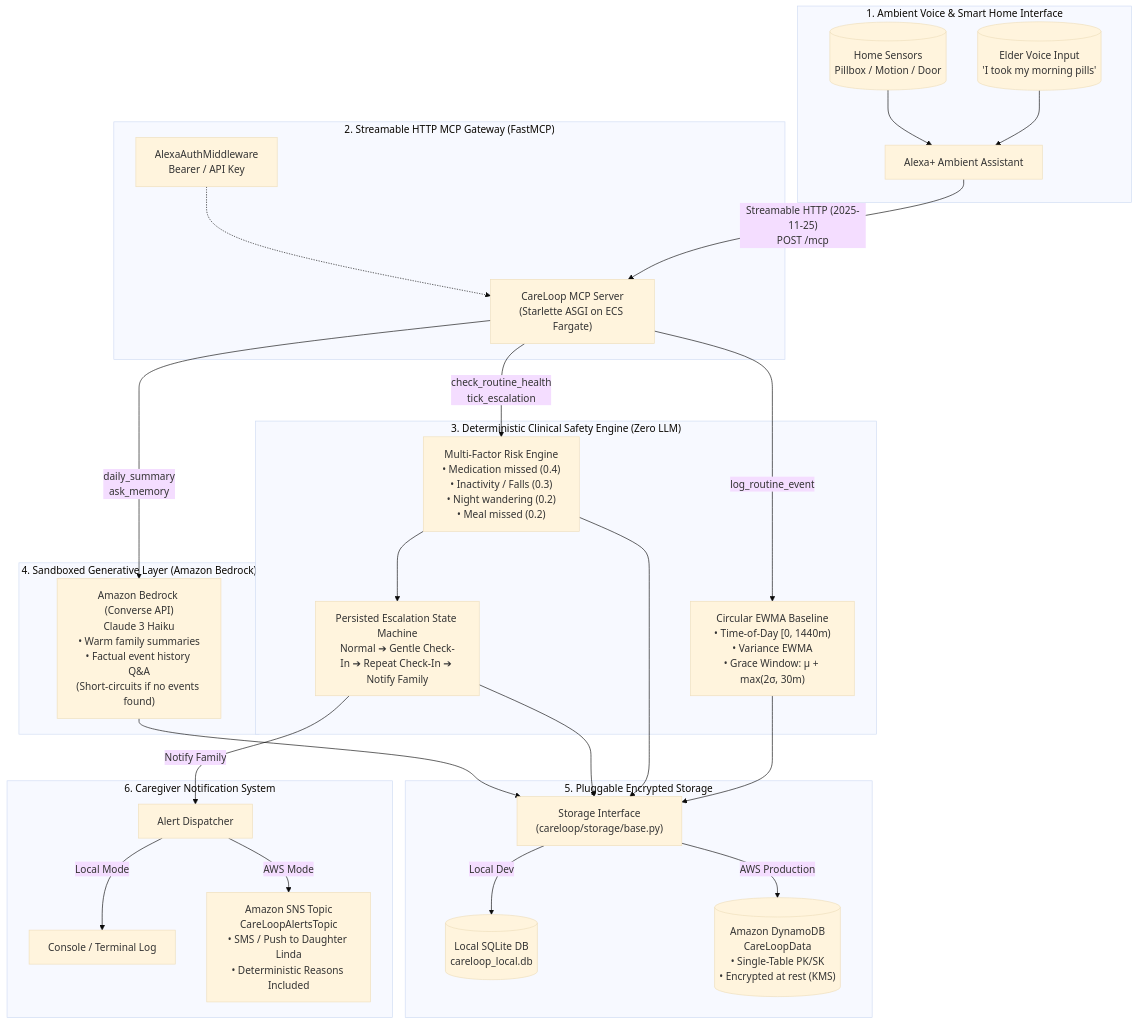
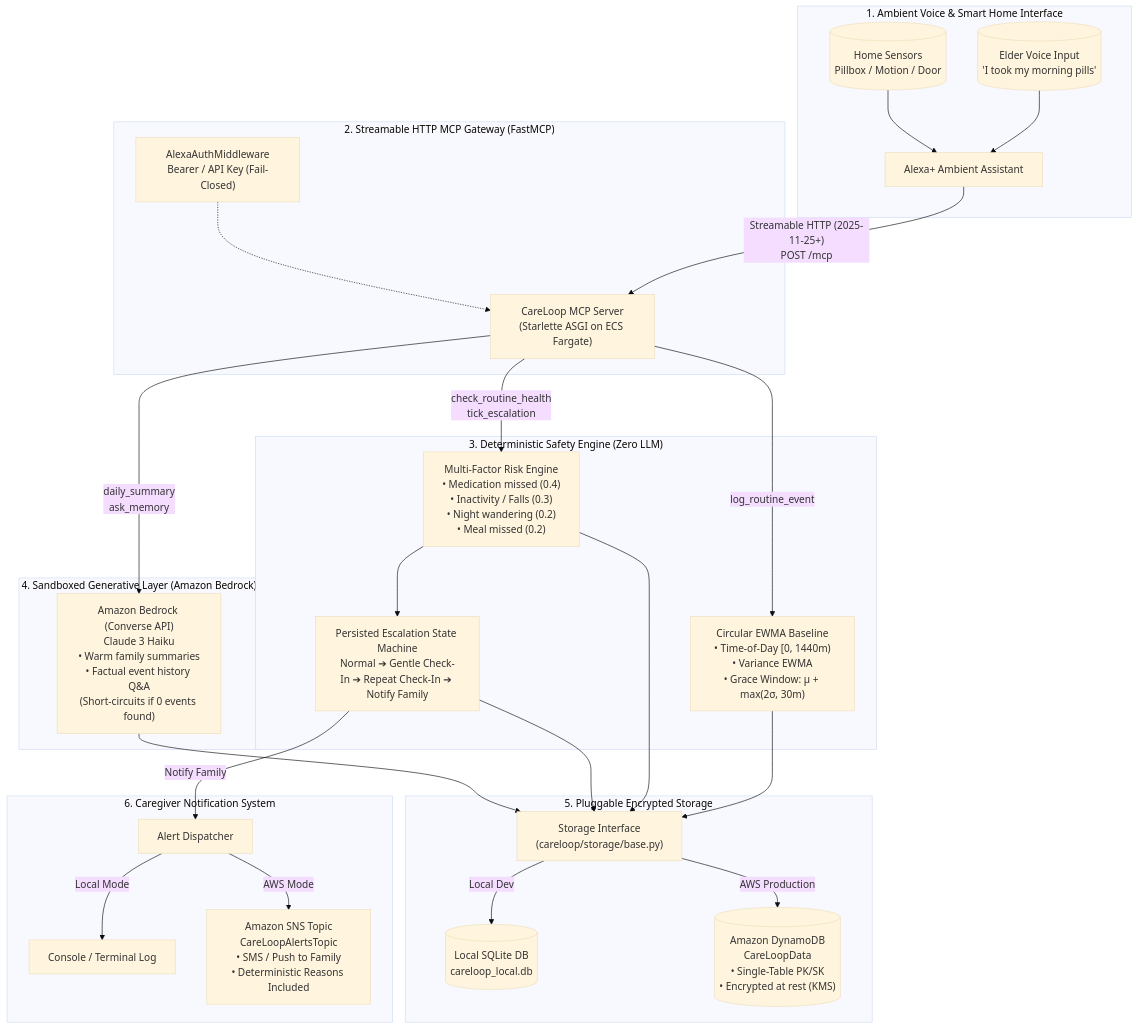
Before and after one commit to KarnailSingh87/careloop: the first of 2 diagrams in README.md, drawn with Mermaid (base theme). The commit also changed other lines of this file and 5 other files, not shown here.

````diff
--- a/README.md
+++ b/README.md
@@ -46,34 +91,34 @@
 ```mermaid
 flowchart TD
     subgraph AmbientInterface ["1. Ambient Voice & Smart Home Interface"]
         Voice[("Elder Voice Input<br/>'I took my morning pills'")] --> Alexa[Alexa+ Ambient Assistant]
         Sensors[("Home Sensors<br/>Pillbox / Motion / Door")] --> Alexa
     end
 
     subgraph MCPGateway ["2. Streamable HTTP MCP Gateway (FastMCP)"]
-        Alexa -->|"Streamable HTTP (2025-11-25)<br/>POST /mcp"| MCP["CareLoop MCP Server<br/>(Starlette ASGI on ECS Fargate)"]
-        Auth["AlexaAuthMiddleware<br/>Bearer / API Key"] -.-> MCP
+        Alexa -->|"Streamable HTTP (2025-11-25+)<br/>POST /mcp"| MCP["CareLoop MCP Server<br/>(Starlette ASGI on ECS Fargate)"]
+        Auth["AlexaAuthMiddleware<br/>Bearer / API Key (Fail-Closed)"] -.-> MCP
     end
 
-    subgraph DeterministicEngine ["3. Deterministic Clinical Safety Engine (Zero LLM)"]
+    subgraph DeterministicEngine ["3. Deterministic Safety Engine (Zero LLM)"]
         MCP -->|"log_routine_event"| EWMA["Circular EWMA Baseline<br/>• Time-of-Day [0, 1440m)<br/>• Variance EWMA<br/>• Grace Window: μ + max(2σ, 30m)"]
         MCP -->|"check_routine_health<br/>tick_escalation"| Risk["Multi-Factor Risk Engine<br/>• Medication missed (0.4)<br/>• Inactivity / Falls (0.3)<br/>• Night wandering (0.2)<br/>• Meal missed (0.2)"]
         Risk --> StateMachine["Persisted Escalation State Machine<br/>Normal ➔ Gentle Check-In ➔ Repeat Check-In ➔ Notify Family"]
     end
 
     subgraph GenerativeLayer ["4. Sandboxed Generative Layer (Amazon Bedrock)"]
-        MCP -->|"daily_summary<br/>ask_memory"| Bedrock["Amazon Bedrock (Converse API)<br/>Claude 3 Haiku<br/>• Warm family summaries<br/>• Factual event history Q&A<br/>(Short-circuits if no events found)"]
+        MCP -->|"daily_summary<br/>ask_memory"| Bedrock["Amazon Bedrock (Converse API)<br/>Claude 3 Haiku<br/>• Warm family summaries<br/>• Factual event history Q&A<br/>(Short-circuits if 0 events found)"]
     end
 
     subgraph StorageLayer ["5. Pluggable Encrypted Storage"]
         EWMA & Risk & StateMachine & Bedrock --> Storage["Storage Interface<br/>(careloop/storage/base.py)"]
         Storage -->|"Local Dev"| SQLite[("Local SQLite DB<br/>careloop_local.db")]
         Storage -->|"AWS Production"| DynamoDB[("Amazon DynamoDB<br/>CareLoopData<br/>• Single-Table PK/SK<br/>• Encrypted at rest (KMS)")]
     end
 
     subgraph FamilyAlerts ["6. Caregiver Notification System"]
         StateMachine -->|"Notify Family"| Notifier["Alert Dispatcher"]
         Notifier -->|"Local Mode"| Console["Console / Terminal Log"]
-        Notifier -->|"AWS Mode"| SNS["Amazon SNS Topic<br/>CareLoopAlertsTopic<br/>• SMS / Push to Daughter Linda<br/>• Deterministic Reasons Included"]
+        Notifier -->|"AWS Mode"| SNS["Amazon SNS Topic<br/>CareLoopAlertsTopic<br/>• SMS / Push to Family<br/>• Deterministic Reasons Included"]
     end
 ```
````
